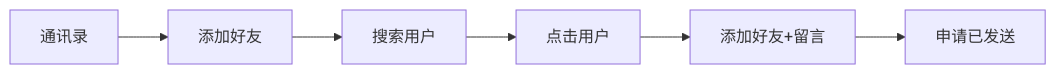
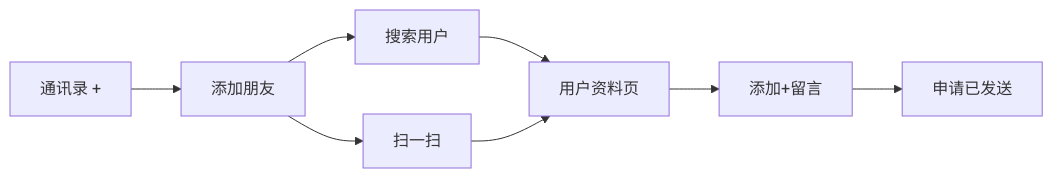
One commit to toly1994328/flash_im_by_ai changed the first of 5 diagrams in docs/features/im/friend/v0.0.1/analysis.md. Above: the diagram before and after it, drawn with Mermaid. The commit also changed other lines of this file and 20 other files, not shown here.

````diff
--- a/docs/features/im/friend/v0.0.1/analysis.md
+++ b/docs/features/im/friend/v0.0.1/analysis.md
@@ -17,8 +20,10 @@
 ```mermaid
 flowchart LR
-    A1[通讯录] --> A2[添加好友]
+    A1[通讯录 +] --> A2[添加朋友]
     A2 --> A3[搜索用户]
-    A3 --> A4[点击用户]
-    A4 --> A5[添加好友+留言]
-    A5 --> A6[申请已发送]
+    A2 --> A4[扫一扫]
+    A3 --> A5[用户资料页]
+    A4 --> A5
+    A5 --> A6[添加+留言]
+    A6 --> A7[申请已发送]
 ```
````
